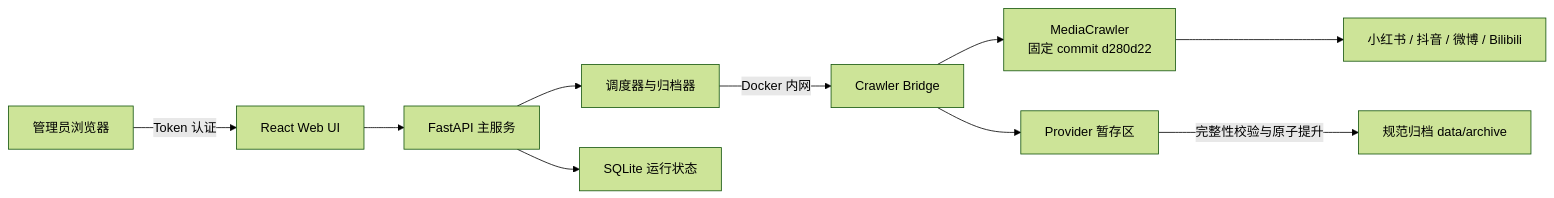
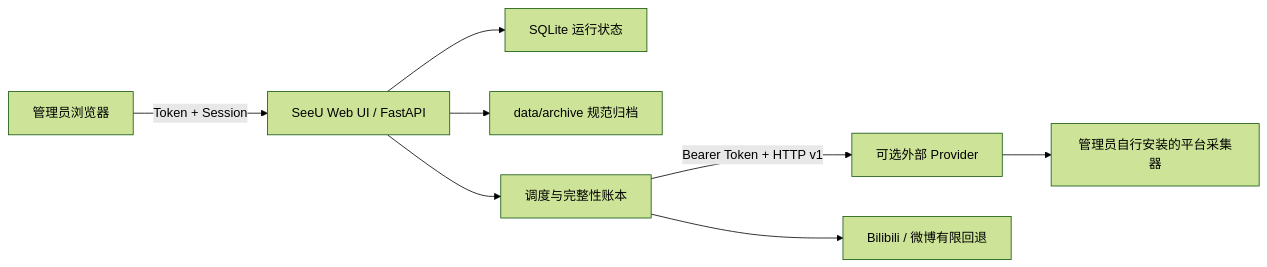
One commit to tsuiraku9/SeeU changed the diagram in README.md. Above: the diagram before and after it, drawn with Mermaid (forest theme). The commit also changed other lines of this file and 27 other files, not shown here.

````diff
--- a/README.md
+++ b/README.md
@@ -71,12 +60,10 @@
 ```mermaid
 flowchart LR
-    A["管理员浏览器"] -->|"Token 认证"| B["React Web UI"]
-    B --> C["FastAPI 主服务"]
-    C --> D["调度器与归档器"]
-    D -->|"Docker 内网"| E["Crawler Bridge"]
-    E --> F["MediaCrawler<br/>固定 commit d280d22"]
-    F --> G["小红书 / 抖音 / 微博 / Bilibili"]
-    E --> H["Provider 暂存区"]
-    H -->|"完整性校验与原子提升"| I["规范归档 data/archive"]
-    C --> J["SQLite 运行状态"]
+    A["管理员浏览器"] -->|"Token + Session"| B["SeeU Web UI / FastAPI"]
+    B --> C["SQLite 运行状态"]
+    B --> D["data/archive 规范归档"]
+    B --> E["调度与完整性账本"]
+    E -->|"Bearer Token + HTTP v1"| F["可选外部 Provider"]
+    F --> G["管理员自行安装的平台采集器"]
+    E --> H["Bilibili / 微博有限回退"]
 ```
````
